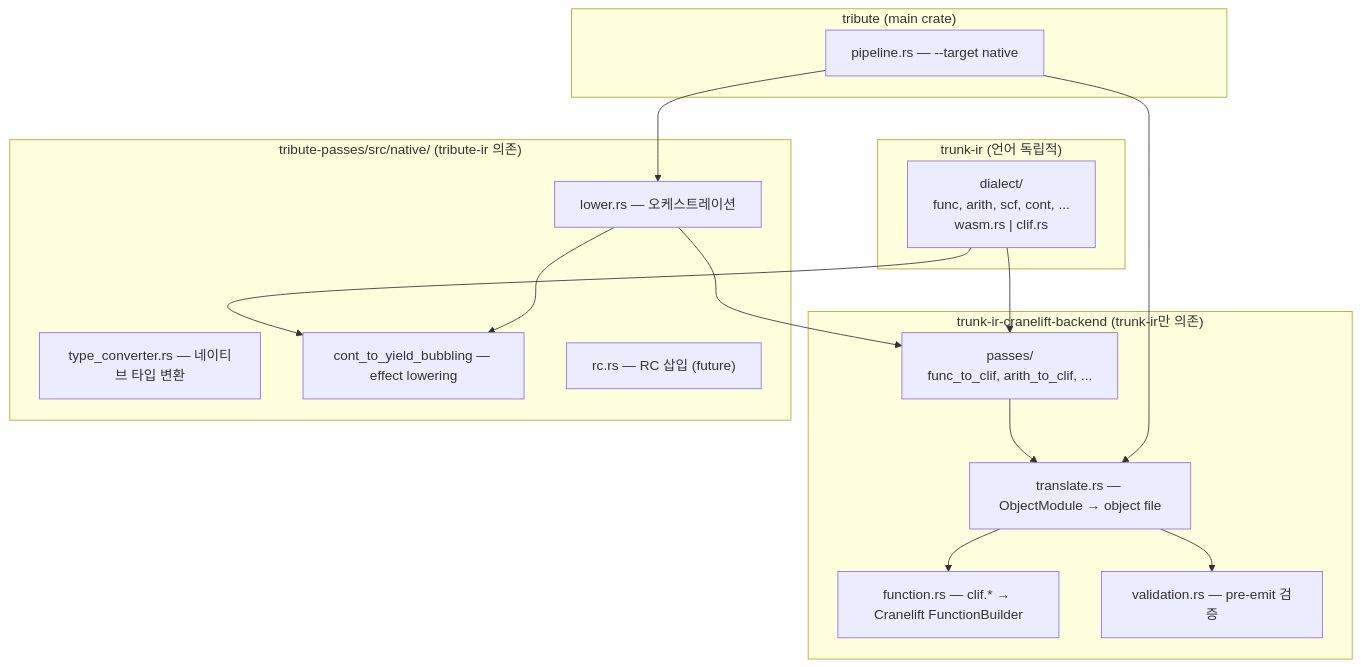
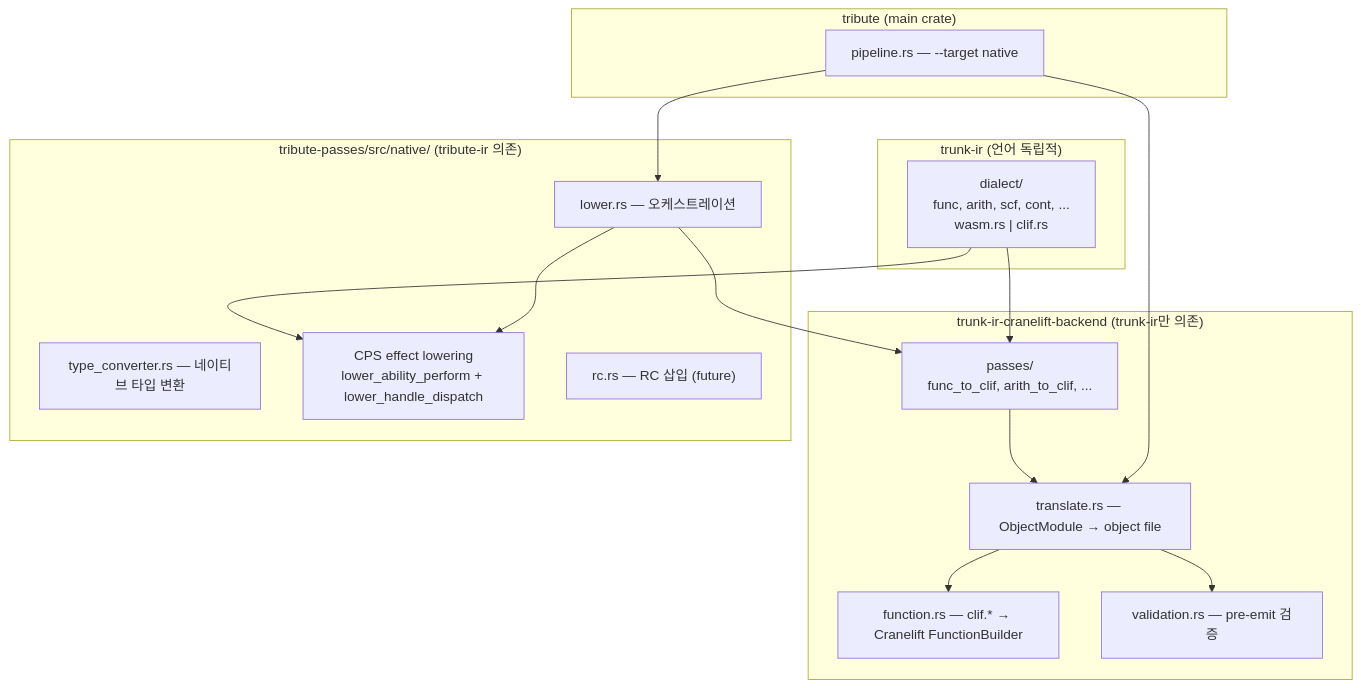
The first of 2 diagrams in new-plans/cranelift-backend.md (Kroisse/tribute), drawn with Mermaid before and after one commit. The commit also changed other lines of this file and 20 other files, not shown here.

First line of the commit message:
refactor: remove cont_to_yield_bubbling and tr_dispatch dead code (#544)

````diff
--- a/new-plans/cranelift-backend.md
+++ b/new-plans/cranelift-backend.md
@@ -19,34 +19,34 @@
 ```mermaid
 graph TD
     subgraph "trunk-ir (언어 독립적)"
         dialects["dialect/\nfunc, arith, scf, cont, ...\nwasm.rs | clif.rs"]
     end
 
     subgraph "trunk-ir-cranelift-backend (trunk-ir만 의존)"
         translate["translate.rs — ObjectModule → object file"]
         function["function.rs — clif.* → Cranelift FunctionBuilder"]
         validation["validation.rs — pre-emit 검증"]
         passes["passes/\nfunc_to_clif, arith_to_clif, ..."]
     end
 
     subgraph "tribute-passes/src/native/ (tribute-ir 의존)"
         lower["lower.rs — 오케스트레이션"]
         type_conv["type_converter.rs — 네이티브 타입 변환"]
-        cont_yb["cont_to_yield_bubbling — effect lowering"]
+        cps["CPS effect lowering\nlower_ability_perform + lower_handle_dispatch"]
         rc["rc.rs — RC 삽입 (future)"]
     end
 
     subgraph "tribute (main crate)"
         pipeline["pipeline.rs — --target native"]
     end
 
     dialects --> passes
-    dialects --> cont_yb
+    dialects --> cps
     passes --> translate
     translate --> function
     translate --> validation
     lower --> passes
-    lower --> cont_yb
+    lower --> cps
     pipeline --> lower
     pipeline --> translate
 ```
````
